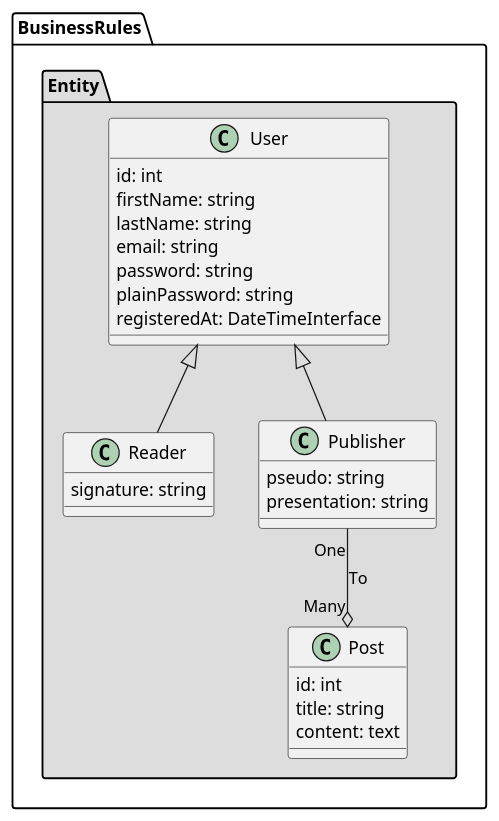
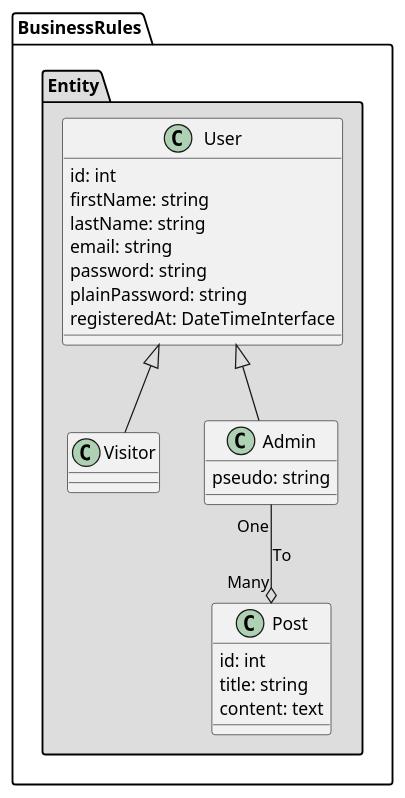
One commit to jusdepixel/base changed the diagram in features/class_diagram.puml. Above: the diagram before and after it, drawn with PlantUML. The commit also changed 66 other files, not shown here.

```diff
--- a/features/class_diagram.puml
+++ b/features/class_diagram.puml
@@ -1,39 +1,37 @@
 @startuml
 
 package "BusinessRules" #fff {
 
     package "Entity" #ddd {
 
         class User {
             {field} id: int
             {field} firstName: string
             {field} lastName: string
             {field} email: string
             {field} password: string
             {field} plainPassword: string
             {field} registeredAt: DateTimeInterface
         }
 
-        class Reader {
-            {field} signature: string
+        class Visitor {
         }
 
-        class Publisher {
+        class Admin {
             {field} pseudo: string
-            {field} presentation: string
         }
 
         class Post {
             {field} id: int
             {field} title: string
             {field} content: text
         }
 
-        User <|-- Reader
-        User <|-- Publisher
+        User <|-- Visitor
+        User <|-- Admin
 
-        Publisher "One" --o "Many" Post : To
+        Admin "One" --o "Many" Post : To
     }
 }
 
 @enduml
```
